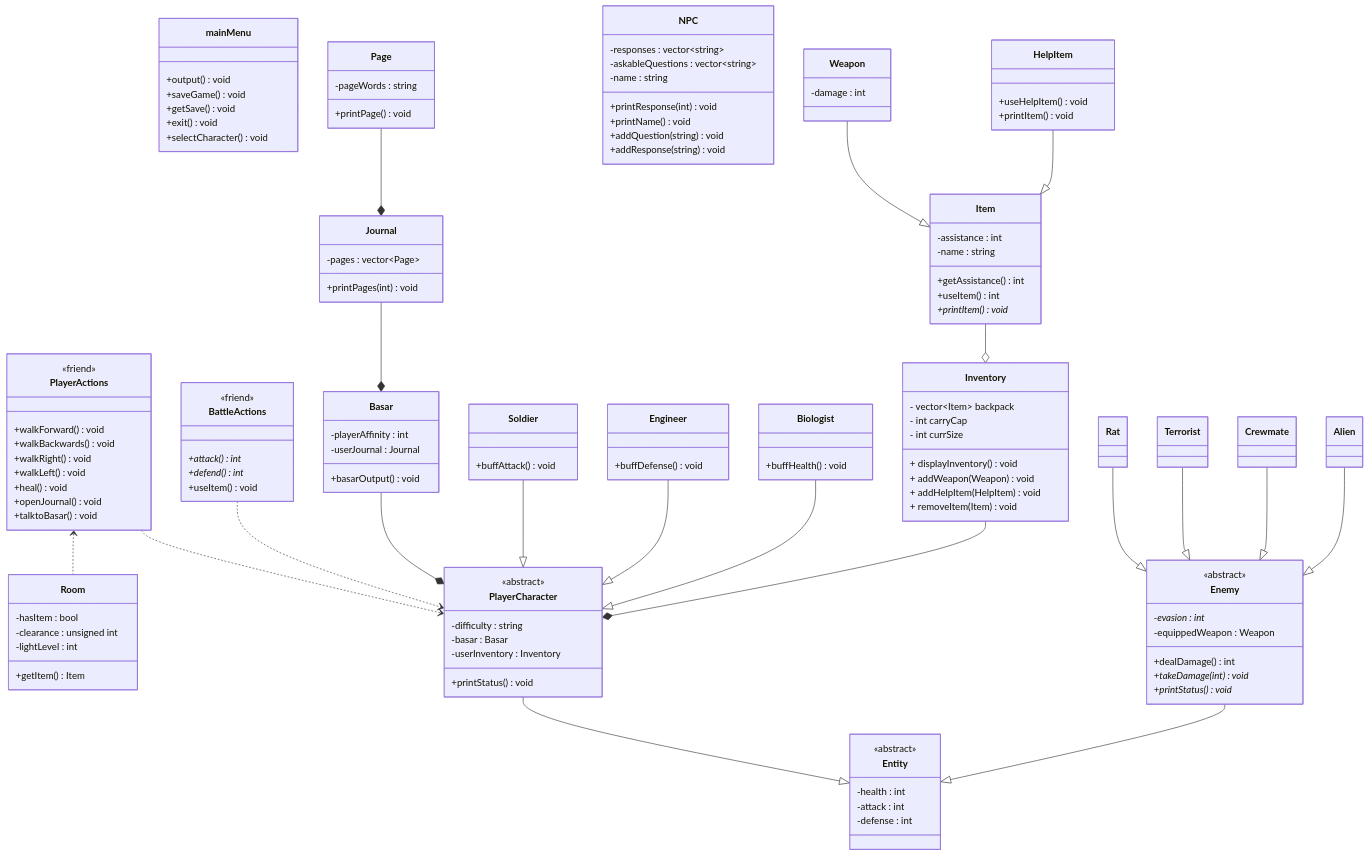
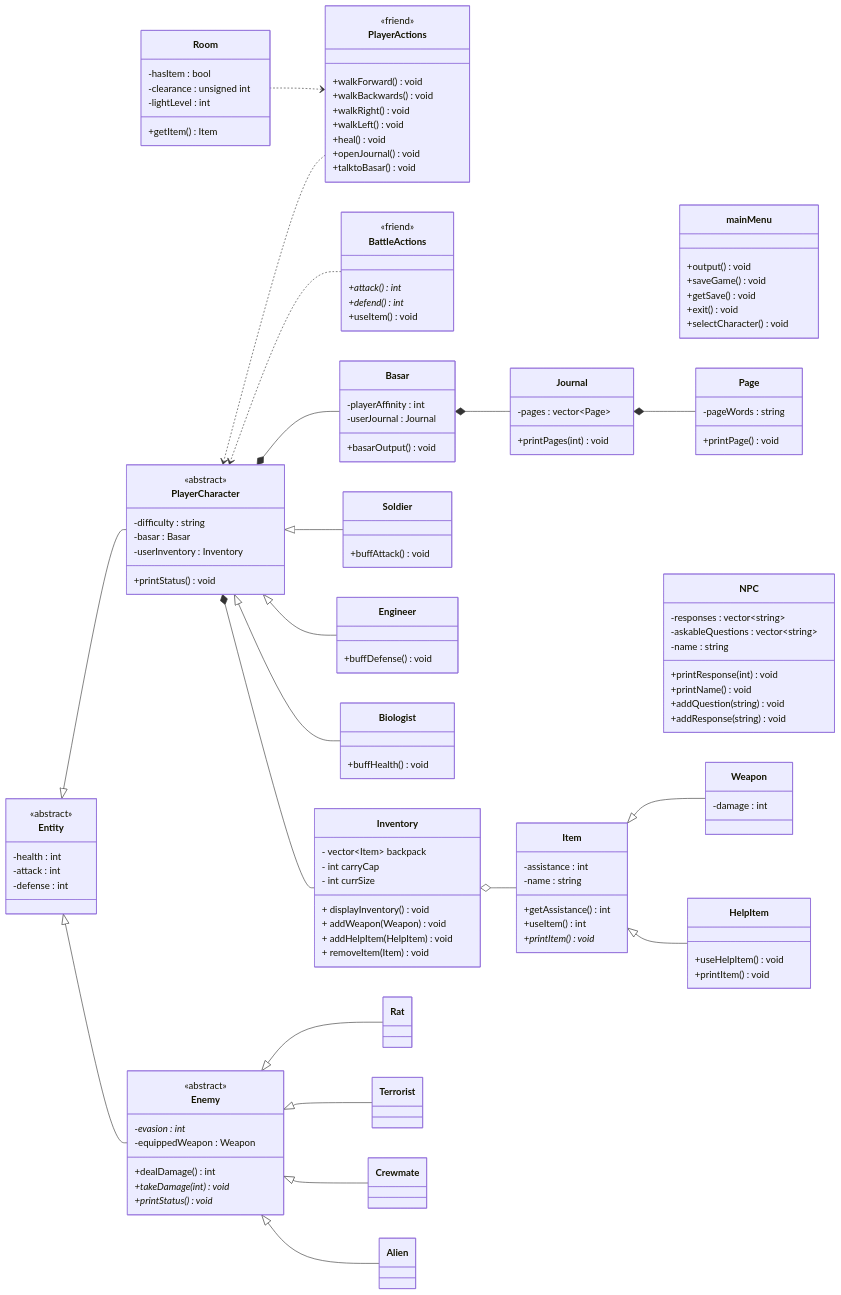
Before and after one commit to jalee314/dAEraFinal: the diagram in README.md, drawn with Mermaid.

Commit message:
Narrowed the class diagram

```diff
--- a/README.md
+++ b/README.md
@@ -44,7 +44,7 @@
 }%%
 
 classDiagram
-
+direction RL
 class mainMenu {
     +output()void
     +saveGame()void
```
